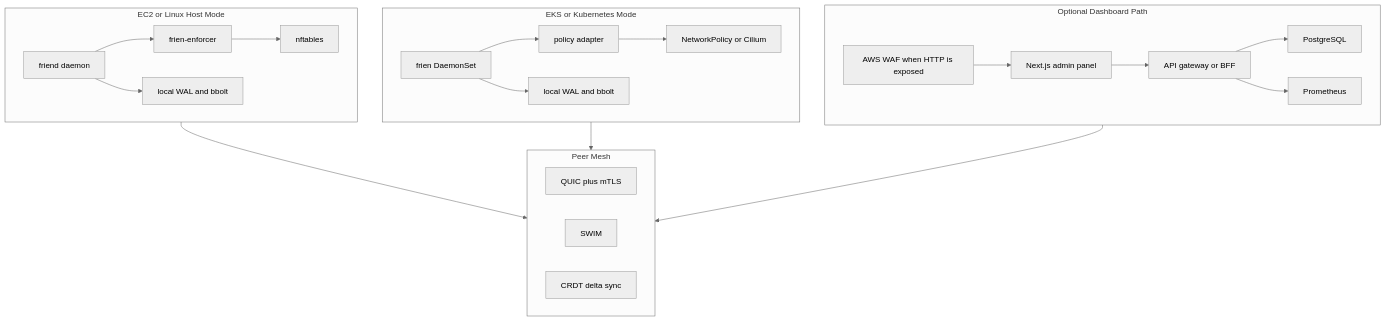
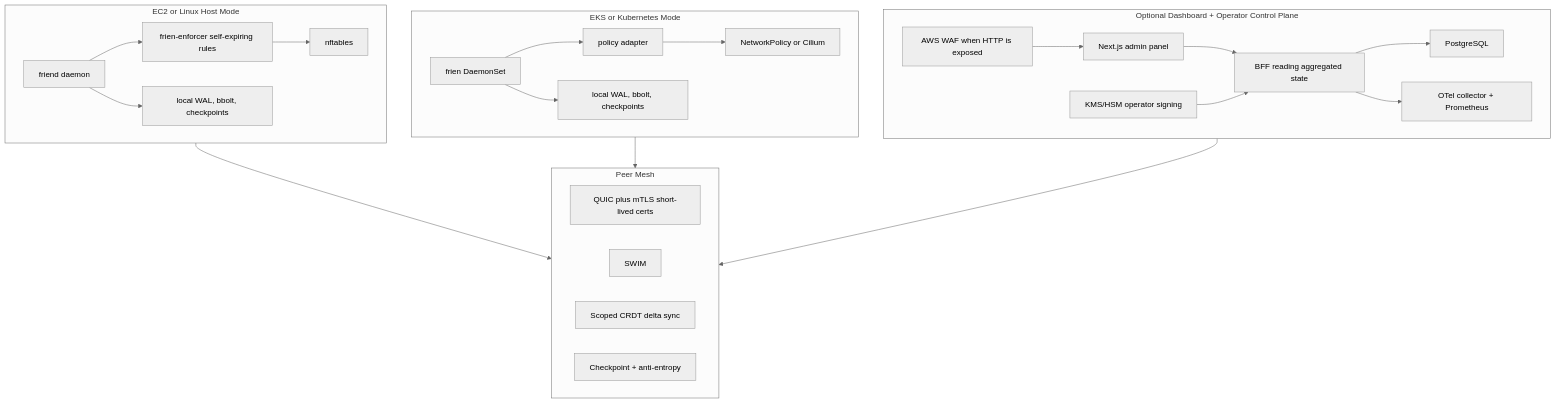
One commit to prateekpurohit13/frien changed the fourth of 4 diagrams in docs/FRIEN_ARCHITECTURE.md. Above: the diagram before and after it, drawn with Mermaid (neutral theme). The commit also changed other lines of this file, not shown here.

Commit message:
doc: updated the architecture plan

````diff
--- a/docs/FRIEN_ARCHITECTURE.md
+++ b/docs/FRIEN_ARCHITECTURE.md
@@ -878,44 +1131,47 @@
 ```mermaid
 flowchart TB
     subgraph HostMode[EC2 or Linux Host Mode]
         A1[friend daemon]
-        A2[frien-enforcer]
+        A2[frien-enforcer self-expiring rules]
         A3[nftables]
-        A4[local WAL and bbolt]
+        A4[local WAL, bbolt, checkpoints]
         A1 --> A2
         A2 --> A3
         A1 --> A4
     end
 
     subgraph Mesh[Peer Mesh]
-        M1[QUIC plus mTLS]
+        M1[QUIC plus mTLS short-lived certs]
         M2[SWIM]
-        M3[CRDT delta sync]
+        M3[Scoped CRDT delta sync]
+        M4[Checkpoint + anti-entropy]
     end
 
     subgraph K8sMode[EKS or Kubernetes Mode]
         B1[frien DaemonSet]
         B2[policy adapter]
         B3[NetworkPolicy or Cilium]
-        B4[local WAL and bbolt]
+        B4[local WAL, bbolt, checkpoints]
         B1 --> B2
         B2 --> B3
         B1 --> B4
     end
 
-    subgraph OptionalControl[Optional Dashboard Path]
+    subgraph OptionalControl[Optional Dashboard + Operator Control Plane]
         C1[Next.js admin panel]
-        C2[API gateway or BFF]
+        C2[BFF reading aggregated state]
         C3[PostgreSQL]
-        C4[Prometheus]
+        C4[OTel collector + Prometheus]
         C5[AWS WAF when HTTP is exposed]
+        C6[KMS/HSM operator signing]
         C1 --> C2
         C2 --> C3
         C2 --> C4
         C5 --> C1
+        C6 --> C2
     end
 
     HostMode --> Mesh
     K8sMode --> Mesh
     OptionalControl --> Mesh
 ```
````
